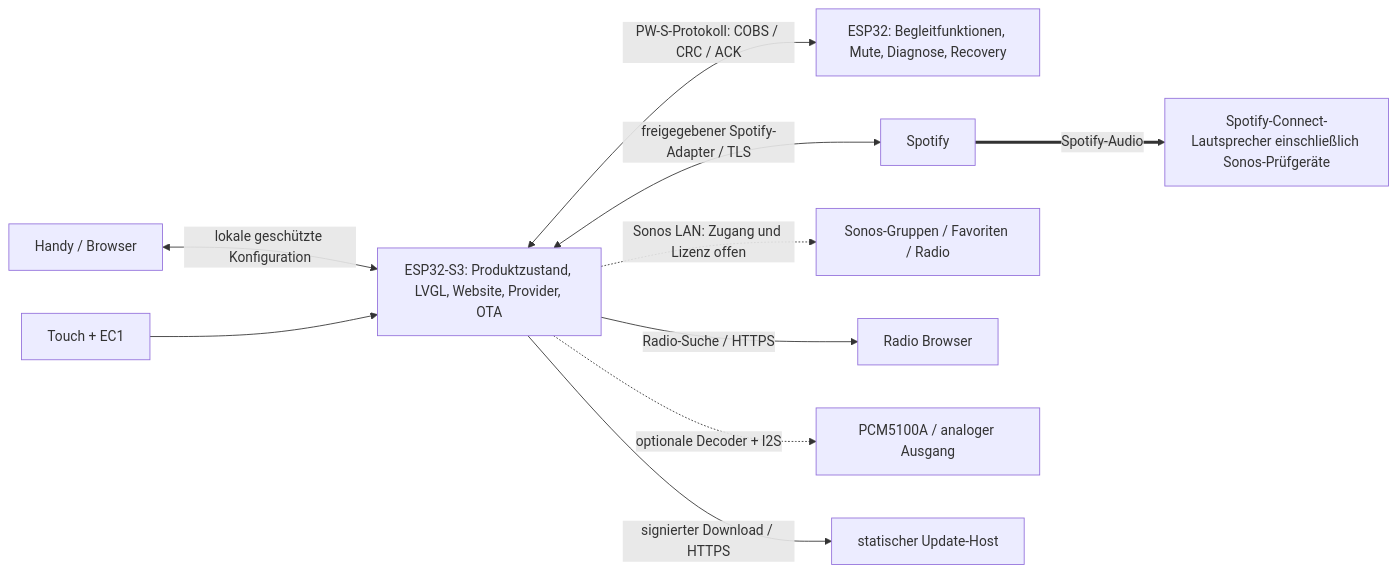
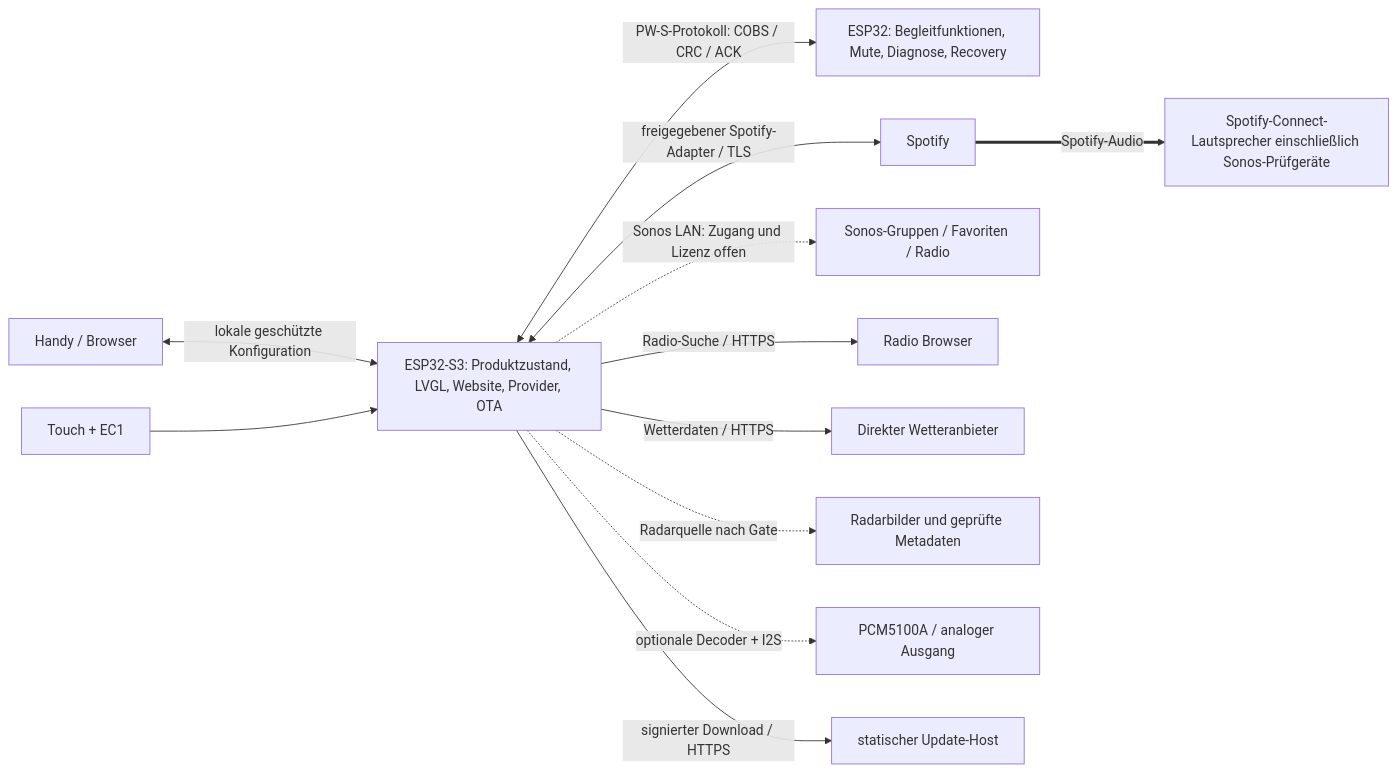
Before and after one commit to passion-wave/Passion-Wave-rotaryknob-spotify: the diagram in docs/01-GESAMTKONZEPT.md, drawn with Mermaid. The commit also changed other lines of this file and 13 other files, not shown here.

````diff
--- a/docs/01-GESAMTKONZEPT.md
+++ b/docs/01-GESAMTKONZEPT.md
@@ -28,12 +30,14 @@
 ```mermaid
 flowchart LR
   B[Handy / Browser] <-->|lokale geschützte Konfiguration| S3
   D[Touch + EC1] --> S3[ESP32-S3: Produktzustand, LVGL, Website, Provider, OTA]
   S3 <-->|PW-S-Protokoll: COBS / CRC / ACK| E[ESP32: Begleitfunktionen, Mute, Diagnose, Recovery]
   S3 <-->|freigegebener Spotify-Adapter / TLS| SP[Spotify]
   SP ==>|Spotify-Audio| C[Spotify-Connect-Lautsprecher einschließlich Sonos-Prüfgeräte]
   S3 -.->|Sonos LAN: Zugang und Lizenz offen| SN[Sonos-Gruppen / Favoriten / Radio]
   S3 -->|Radio-Suche / HTTPS| RB[Radio Browser]
+  S3 -->|Wetterdaten / HTTPS| W[Direkter Wetteranbieter]
+  S3 -.->|Radarquelle nach Gate| R[Radarbilder und geprüfte Metadaten]
   S3 -.->|optionale Decoder + I2S| DAC[PCM5100A / analoger Ausgang]
   S3 -->|signierter Download / HTTPS| U[statischer Update-Host]
 ```
````
